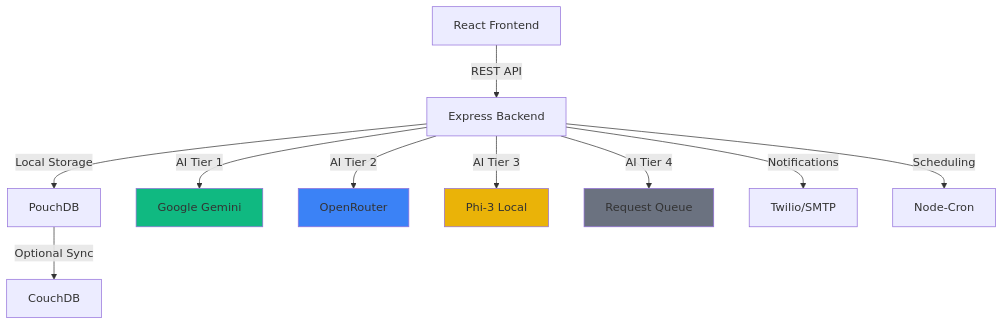
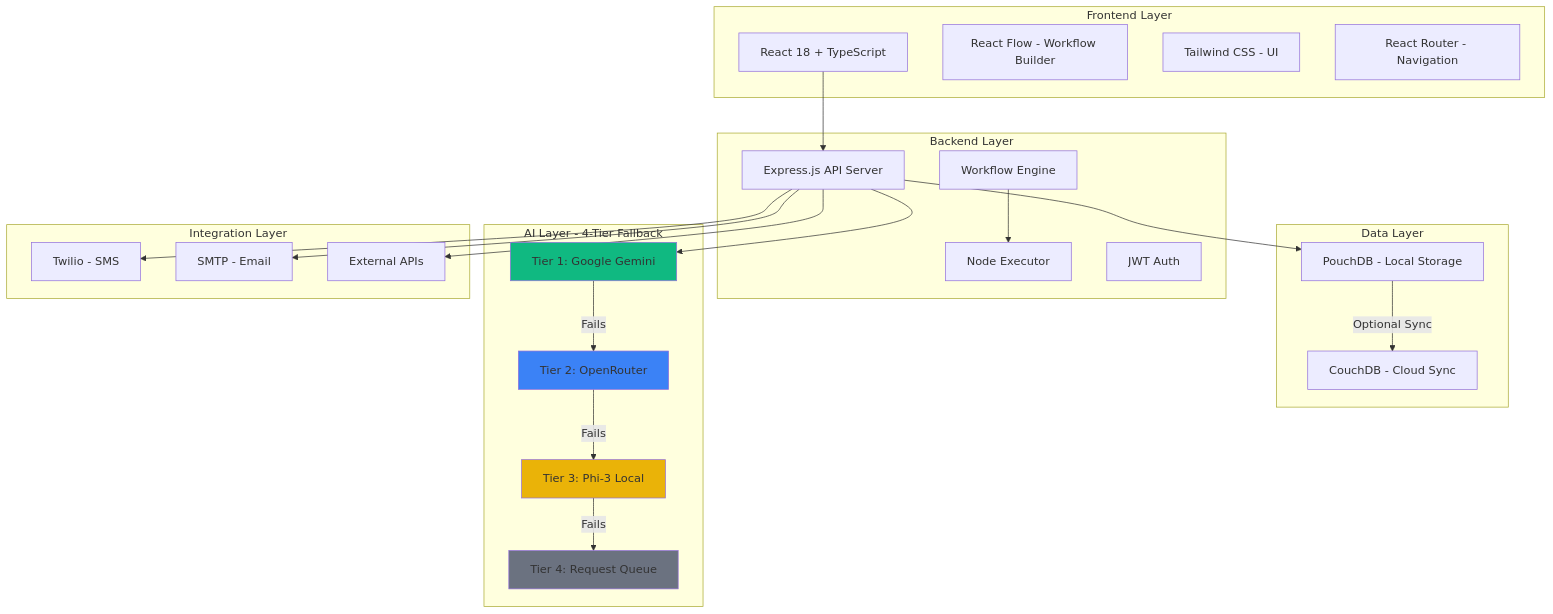
One commit to MfFischer/taktak_automation_system changed the diagram in README.md. Above: the diagram before and after it, drawn with Mermaid. The commit also changed other lines of this file, not shown here.

````diff
--- a/README.md
+++ b/README.md
@@ -291,17 +384,51 @@
 ```mermaid
 graph TB
-    A[React Frontend] -->|REST API| B[Express Backend]
-    B -->|Local Storage| C[PouchDB]
-    C -->|Optional Sync| D[CouchDB]
-    B -->|AI Tier 1| E[Google Gemini]
-    B -->|AI Tier 2| F[OpenRouter]
-    B -->|AI Tier 3| G[Phi-3 Local]
-    B -->|AI Tier 4| H[Request Queue]
-    B -->|Notifications| I[Twilio/SMTP]
-    B -->|Scheduling| J[Node-Cron]
+    subgraph "Frontend Layer"
+        A[React 18 + TypeScript]
+        A1[React Flow - Workflow Builder]
+        A2[Tailwind CSS - UI]
+        A3[React Router - Navigation]
+    end
+
+    subgraph "Backend Layer"
+        B[Express.js API Server]
+        B1[Workflow Engine]
+        B2[Node Executor]
+        B3[JWT Auth]
+    end
+
+    subgraph "Data Layer"
+        C[PouchDB - Local Storage]
+        D[CouchDB - Cloud Sync]
+        C -->|Optional Sync| D
+    end
+
+    subgraph "AI Layer - 4-Tier Fallback"
+        E[Tier 1: Google Gemini]
+        F[Tier 2: OpenRouter]
+        G[Tier 3: Phi-3 Local]
+        H[Tier 4: Request Queue]
+        E -->|Fails| F
+        F -->|Fails| G
+        G -->|Fails| H
+    end
+
+    subgraph "Integration Layer"
+        I[Twilio - SMS]
+        J[SMTP - Email]
+        K[External APIs]
+    end
+
+    A --> B
+    B --> C
+    B --> E
+    B --> I
+    B --> J
+    B --> K
+    B1 --> B2
 
     style E fill:#10b981
     style F fill:#3b82f6
     style G fill:#eab308
     style H fill:#6b7280
 ```
````
